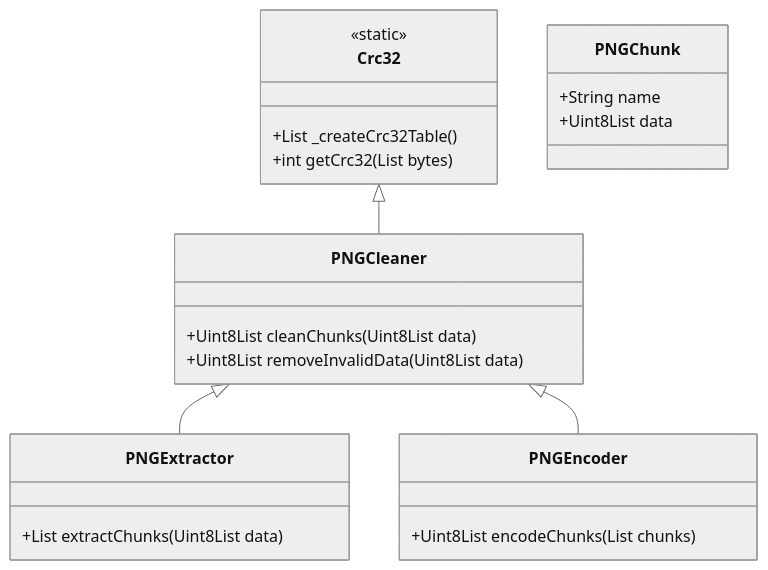
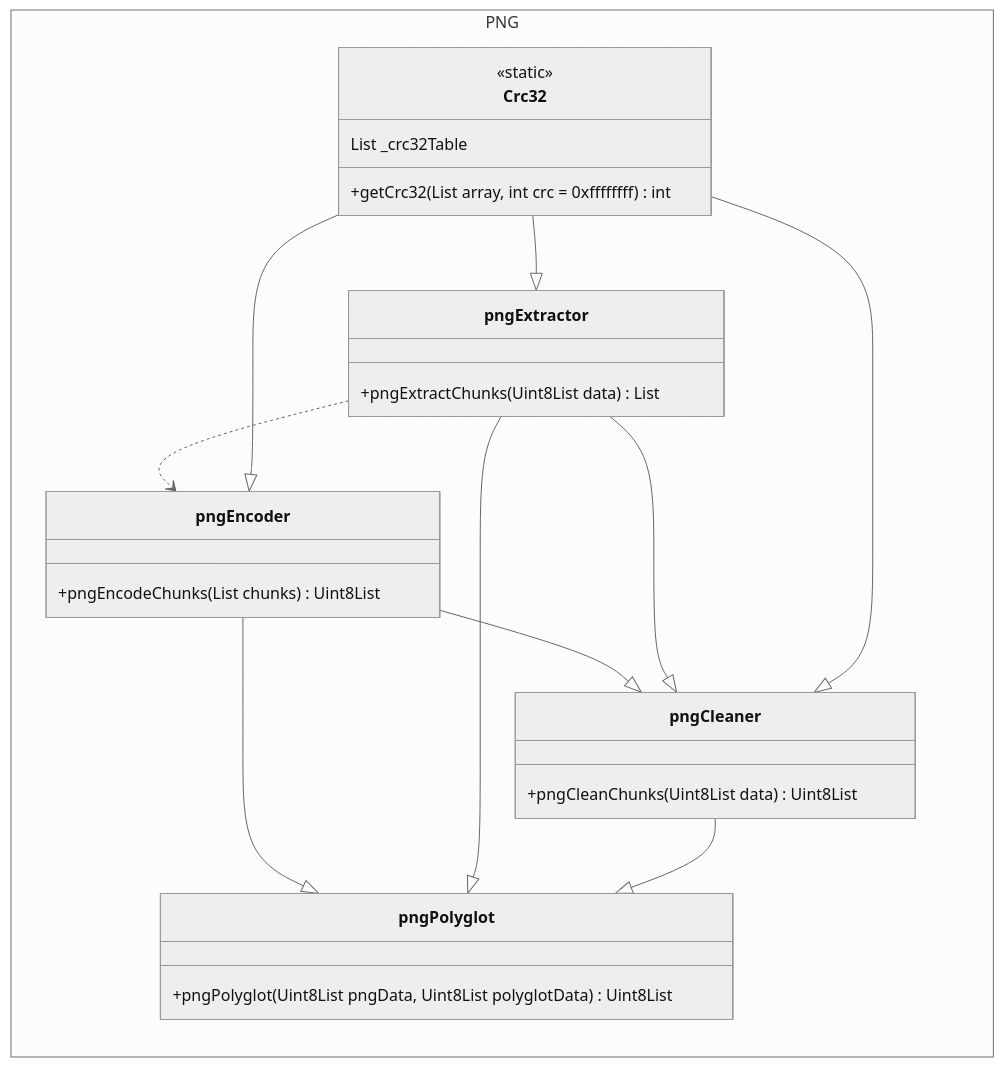
One commit to itc-s22020/Dart_Package-Polyglot changed the diagram in README.md. Above: the diagram before and after it, drawn with Mermaid (neutral theme). The commit also changed other lines of this file, not shown here.

````diff
--- a/README.md
+++ b/README.md
@@ -1,30 +3,36 @@
 ```mermaid
 classDiagram
-    class Crc32 {
-        <<static>>
-        +List<int> _createCrc32Table()
-        +int getCrc32(List<int> bytes)
-    }
-    
-    class PNGChunk {
-        +String name
-        +Uint8List data
-    }
-    
-    class PNGEncoder {
-        +Uint8List encodeChunks(List<PNGChunk> chunks)
-    }
-    
-    class PNGExtractor {
-        +List<PNGChunk> extractChunks(Uint8List data)
-    }
-    
-    class PNGCleaner {
-        +Uint8List cleanChunks(Uint8List data)
-        +Uint8List removeInvalidData(Uint8List data)
-    }
-    
-    Crc32 <|-- PNGCleaner
-    PNGCleaner <|-- PNGExtractor
-    PNGCleaner <|-- PNGEncoder
+
+%%png
+pngEncoder --|> pngCleaner
+pngExtractor --|> pngCleaner
+pngEncoder --|> pngPolyglot
+pngExtractor --|> pngPolyglot
+pngCleaner --|> pngPolyglot
+pngExtractor ..> pngEncoder
+Crc32 --|> pngEncoder
+Crc32 --|> pngExtractor
+Crc32 --|> pngCleaner
+
+	direction RL
+	namespace PNG {
+		class pngPolyglot {
+			+pngPolyglot(Uint8List pngData, Uint8List polyglotData) Uint8List
+		}
+	
+		class pngEncoder {
+			+pngEncodeChunks(List chunks) Uint8List
+		}
+		class pngExtractor {
+			+pngExtractChunks(Uint8List data) List
+		}
+		class pngCleaner {
+			+pngCleanChunks(Uint8List data) Uint8List
+		}
+		class Crc32 {
+			<<static>>
+			List _crc32Table
+			+getCrc32(List array, int crc = 0xffffffff) int
+		}
+	}
 ```
````
